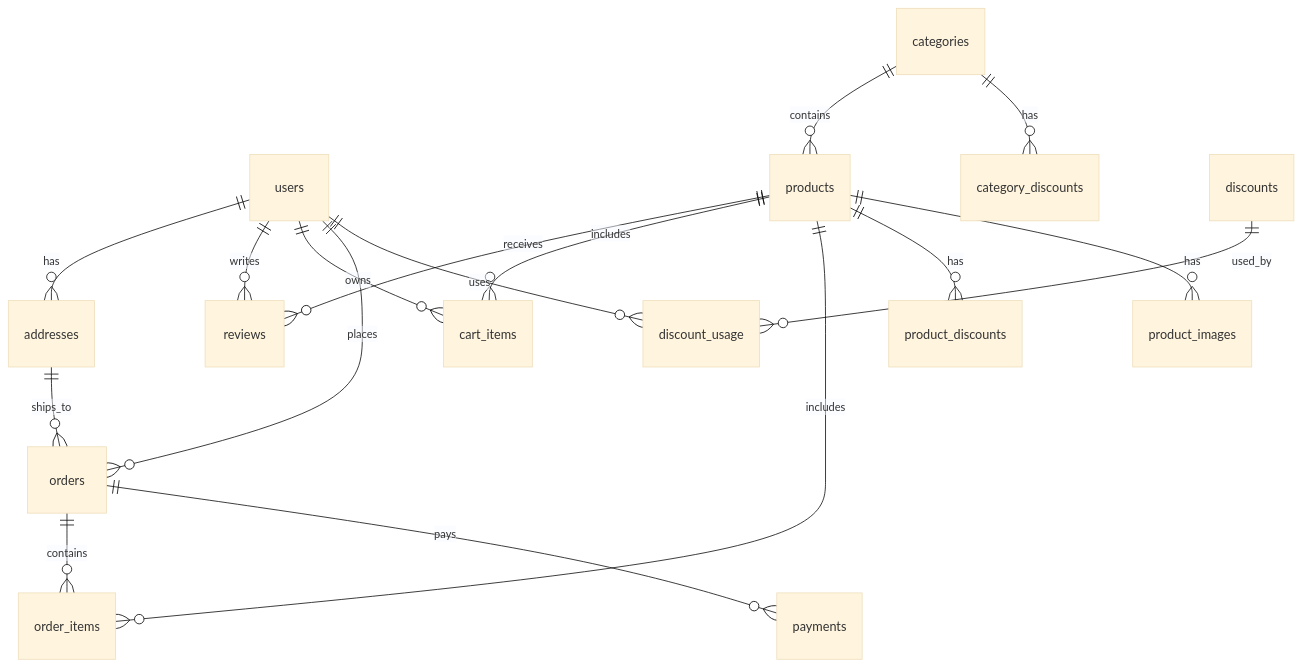
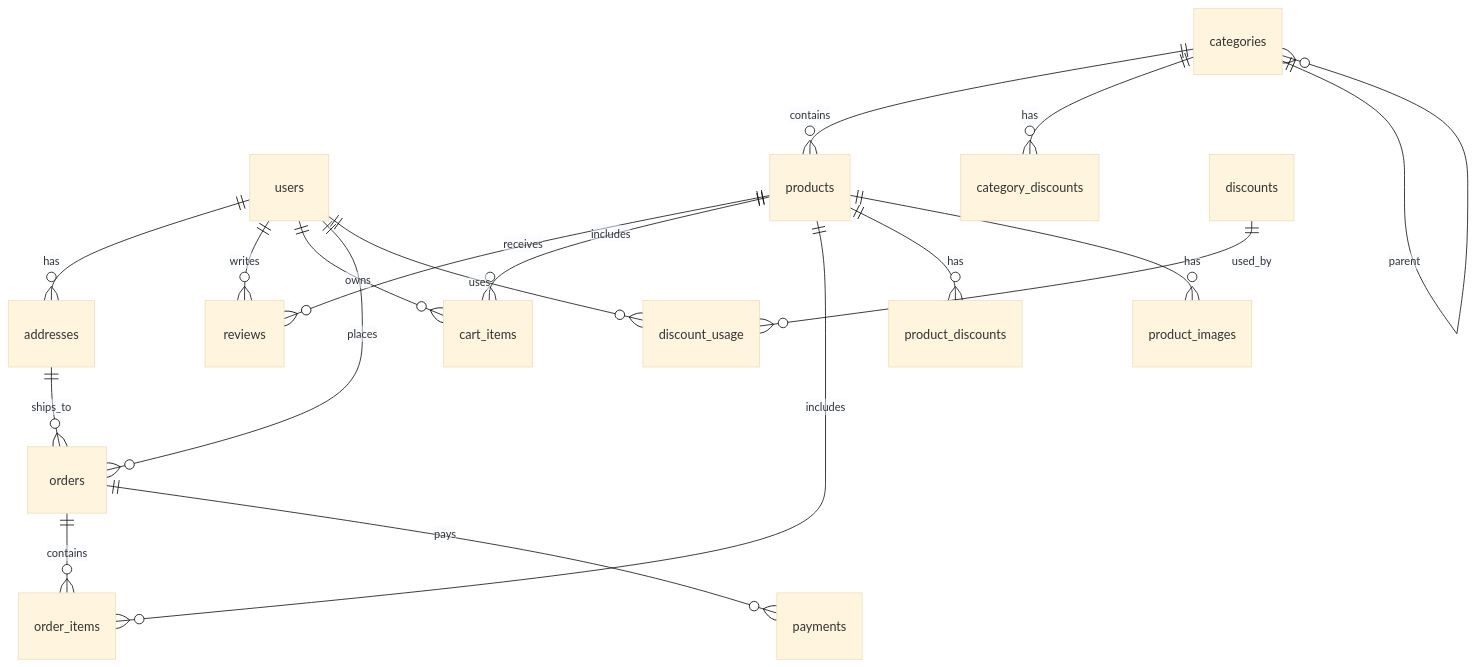
One commit to MohammedBoure/Shoppica-BackEnd changed the diagram in docs/en/database.md. Above: the diagram before and after it, drawn with Mermaid (base theme). The commit also changed other lines of this file and 17 other files, not shown here.

````diff
--- a/docs/en/database.md
+++ b/docs/en/database.md
@@ -7,19 +7,20 @@
 ```mermaid
 erDiagram
     users ||--o{ addresses : has
     users ||--o{ reviews : writes
     users ||--o{ cart_items : owns
     users ||--o{ orders : places
     users ||--o{ discount_usage : uses
     addresses ||--o{ orders : ships_to
     categories ||--o{ products : contains
     categories ||--o{ category_discounts : has
+    categories ||--o{ categories : parent
     products ||--o{ reviews : receives
     products ||--o{ cart_items : includes
     products ||--o{ order_items : includes
     products ||--o{ product_discounts : has
     products ||--o{ product_images : has
     orders ||--o{ order_items : contains
     orders ||--o{ payments : pays
     discounts ||--o{ discount_usage : used_by
 ```
````
